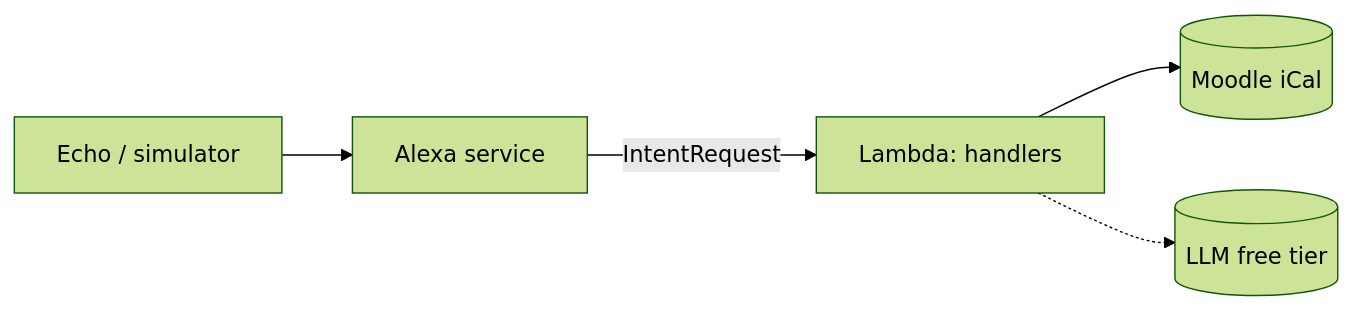
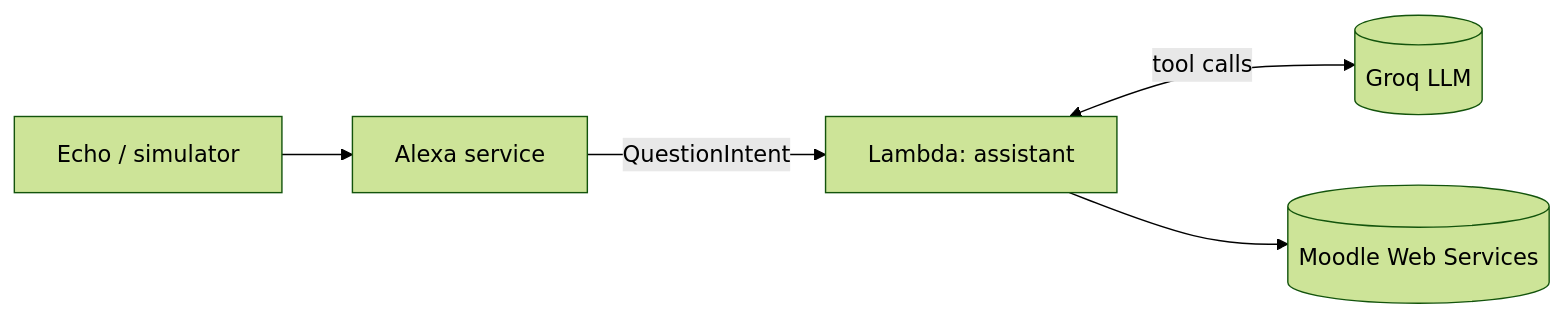
The diagram in README.md (gera2727/alexa-ai-assistant), drawn with Mermaid (forest theme) before and after one commit. The commit also changed other lines of this file and 10 other files, not shown here.

Commit message:
docs: architecture, ADR 0004 and setup for v0.2

````diff
--- a/README.md
+++ b/README.md
@@ -29,6 +30,6 @@
 ```mermaid
 flowchart LR
-    E[Echo / simulator] --> A[Alexa service] -- IntentRequest --> L[Lambda: handlers]
-    L --> M[(Moodle iCal)]
-    L -.-> G[(LLM free tier)]
+    E[Echo / simulator] --> A[Alexa service] -- "QuestionIntent" --> L[Lambda: assistant]
+    L <-- tool calls --> G[(Groq LLM)]
+    L --> M[(Moodle Web Services)]
 ```
````
